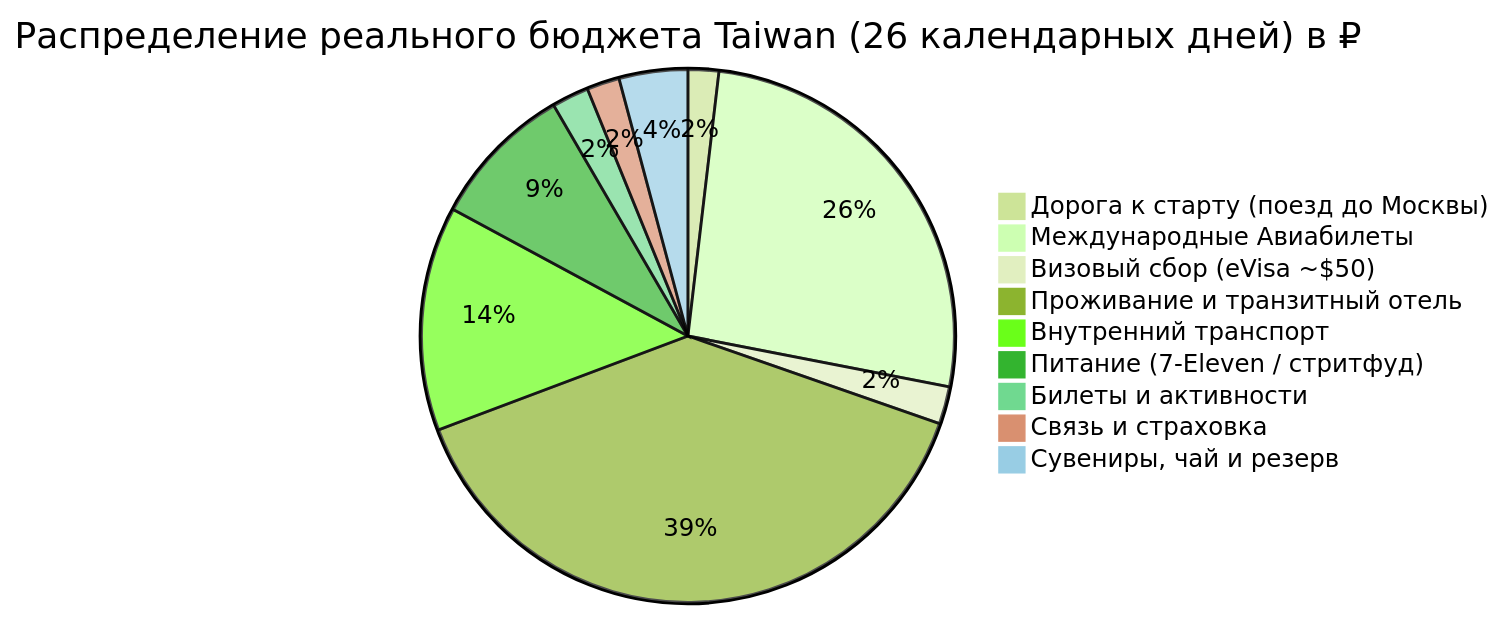
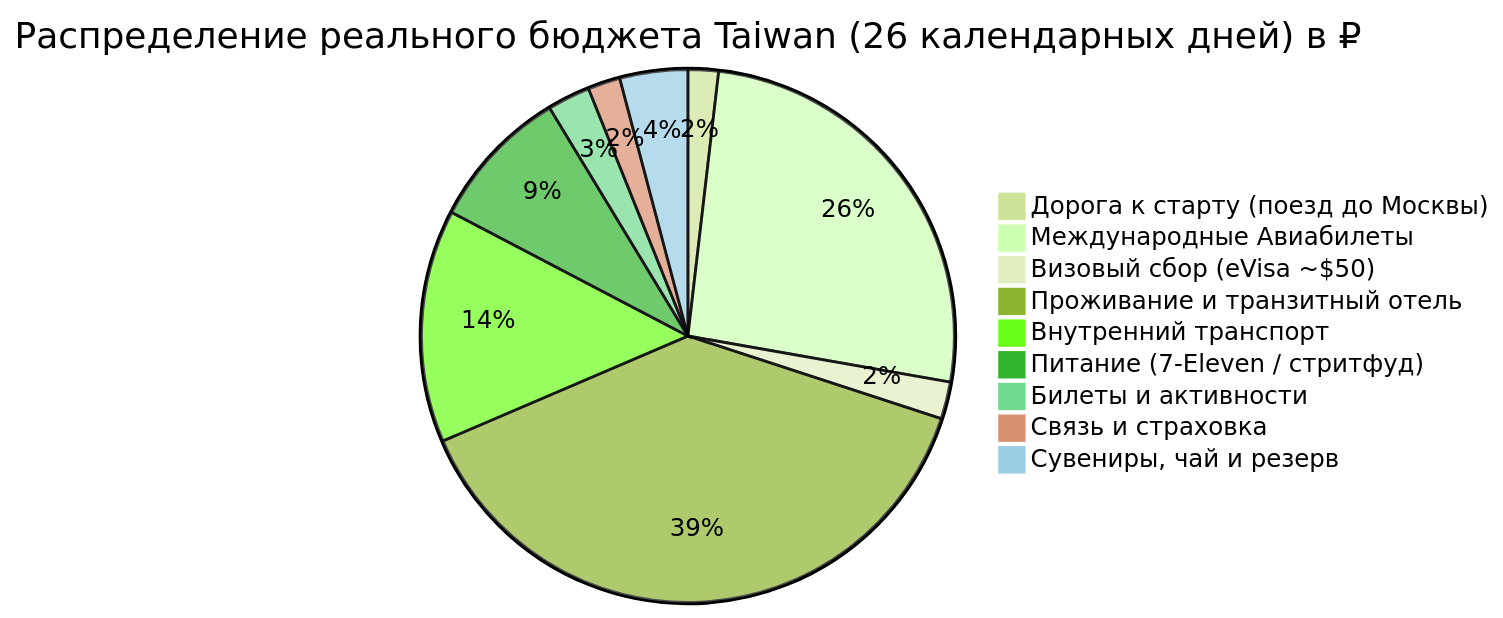
Before and after one commit to injurka/obsidian-mark: the diagram in Personal Note/Travel/-- Taiwan/04 - Финансы/Финансы.md, drawn with Mermaid (forest theme). The commit also changed other lines of this file and 24 other files, not shown here.

````diff
--- a/Personal Note/Travel/-- Taiwan/04 - Финансы/Финансы.md
+++ b/Personal Note/Travel/-- Taiwan/04 - Финансы/Финансы.md
@@ -14,12 +14,12 @@
 ```mermaid
 pie title Распределение реального бюджета Taiwan (26 календарных дней) в ₽
     "Дорога к старту (поезд до Москвы)" : 3942
     "Международные Авиабилеты" : 55412
     "Визовый сбор (eVisa ~$50)" : 4800
     "Проживание и транзитный отель" : 82357
-    "Внутренний транспорт" : 28755
+    "Внутренний транспорт" : 30155
     "Питание (7-Eleven / стритфуд)" : 18500
-    "Билеты и активности" : 4740
+    "Билеты и активности" : 5540
     "Связь и страховка" : 4200
     "Сувениры, чай и резерв" : 8800
 ```
````
